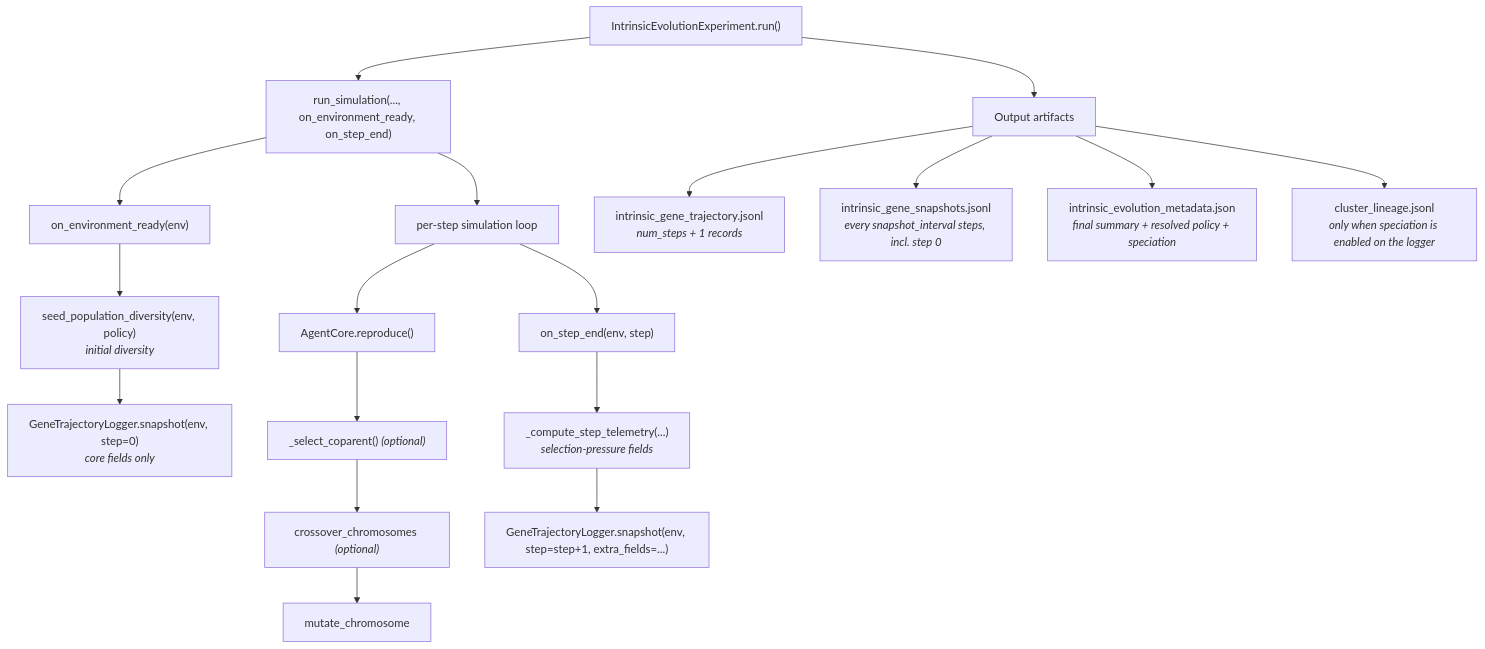
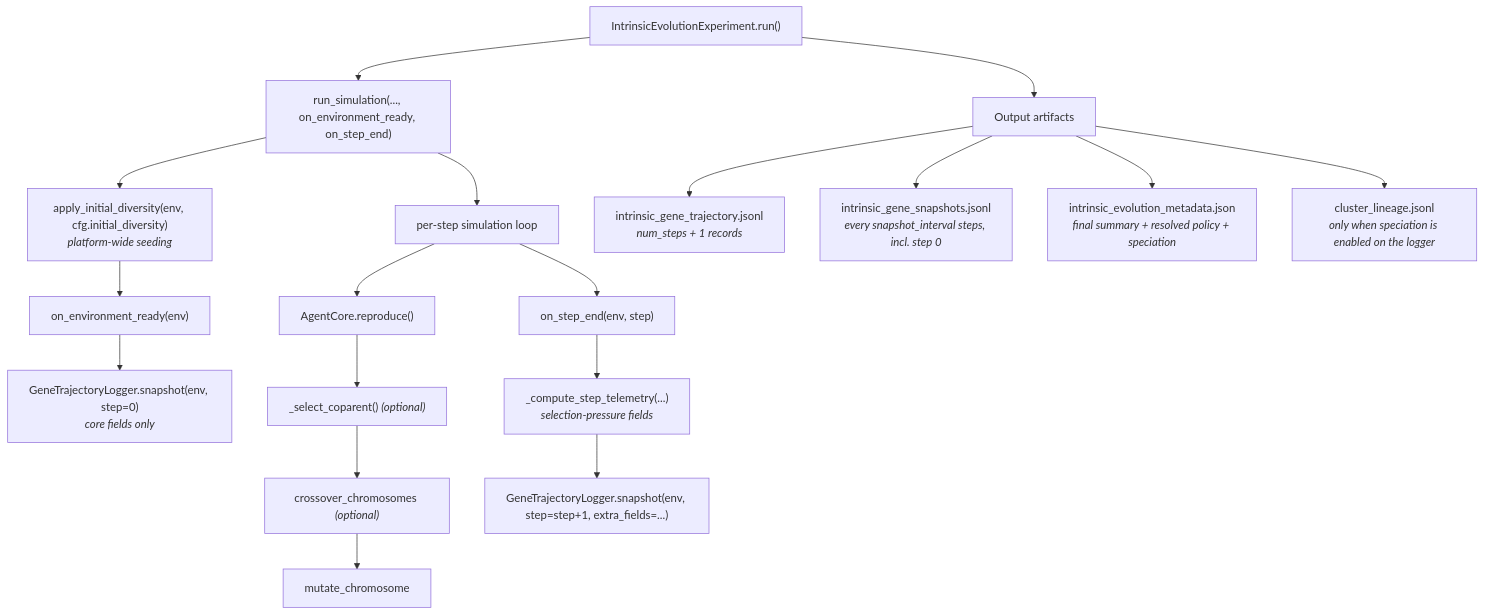
Before and after one commit to Dooders/AgentFarm: the diagram in docs/experiments/intrinsic_evolution/intrinsic_evolution.md, drawn with Mermaid. The commit also changed other lines of this file and 11 other files, not shown here.

First line of the commit message:
feat: implement platform-wide initial genotype diversity seeding

````diff
--- a/docs/experiments/intrinsic_evolution/intrinsic_evolution.md
+++ b/docs/experiments/intrinsic_evolution/intrinsic_evolution.md
@@ -77,24 +77,24 @@
 ```mermaid
 flowchart TD
     Run["IntrinsicEvolutionExperiment.run()"] --> Sim["run_simulation(..., on_environment_ready, on_step_end)"]
 
-    Sim --> Ready["on_environment_ready(env)"]
-    Ready --> Seed["seed_population_diversity(env, policy)<br/><i>initial diversity</i>"]
-    Seed --> Snap0["GeneTrajectoryLogger.snapshot(env, step=0)<br/><i>core fields only</i>"]
+    Sim --> Diversity["apply_initial_diversity(env, cfg.initial_diversity)<br/><i>platform-wide seeding</i>"]
+    Diversity --> Ready["on_environment_ready(env)"]
+    Ready --> Snap0["GeneTrajectoryLogger.snapshot(env, step=0)<br/><i>core fields only</i>"]
 
     Sim --> Loop["per-step simulation loop"]
     Loop --> Repro["AgentCore.reproduce()"]
     Repro --> Coparent["_select_coparent() <i>(optional)</i>"]
     Coparent --> Cross["crossover_chromosomes <i>(optional)</i>"]
     Cross --> Mutate["mutate_chromosome"]
 
     Loop --> StepEnd["on_step_end(env, step)"]
     StepEnd --> Telem["_compute_step_telemetry(...)<br/><i>selection-pressure fields</i>"]
     Telem --> SnapN["GeneTrajectoryLogger.snapshot(env, step=step+1, extra_fields=...)"]
 
     Run --> Outputs["Output artifacts"]
     Outputs --> Traj["intrinsic_gene_trajectory.jsonl<br/><i>num_steps + 1 records</i>"]
     Outputs --> Snaps["intrinsic_gene_snapshots.jsonl<br/><i>every snapshot_interval steps, incl. step 0</i>"]
     Outputs --> Meta["intrinsic_evolution_metadata.json<br/><i>final summary + resolved policy + speciation</i>"]
     Outputs --> Cluster["cluster_lineage.jsonl<br/><i>only when speciation is enabled on the logger</i>"]
 ```
````
